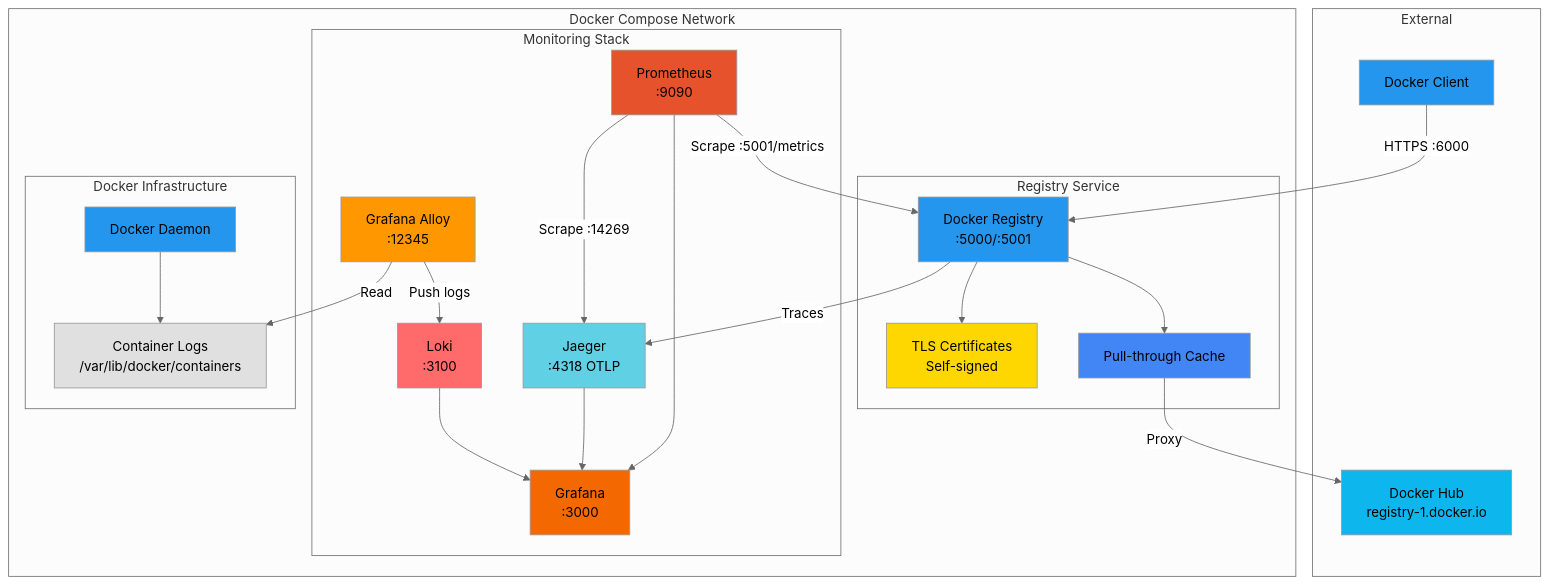
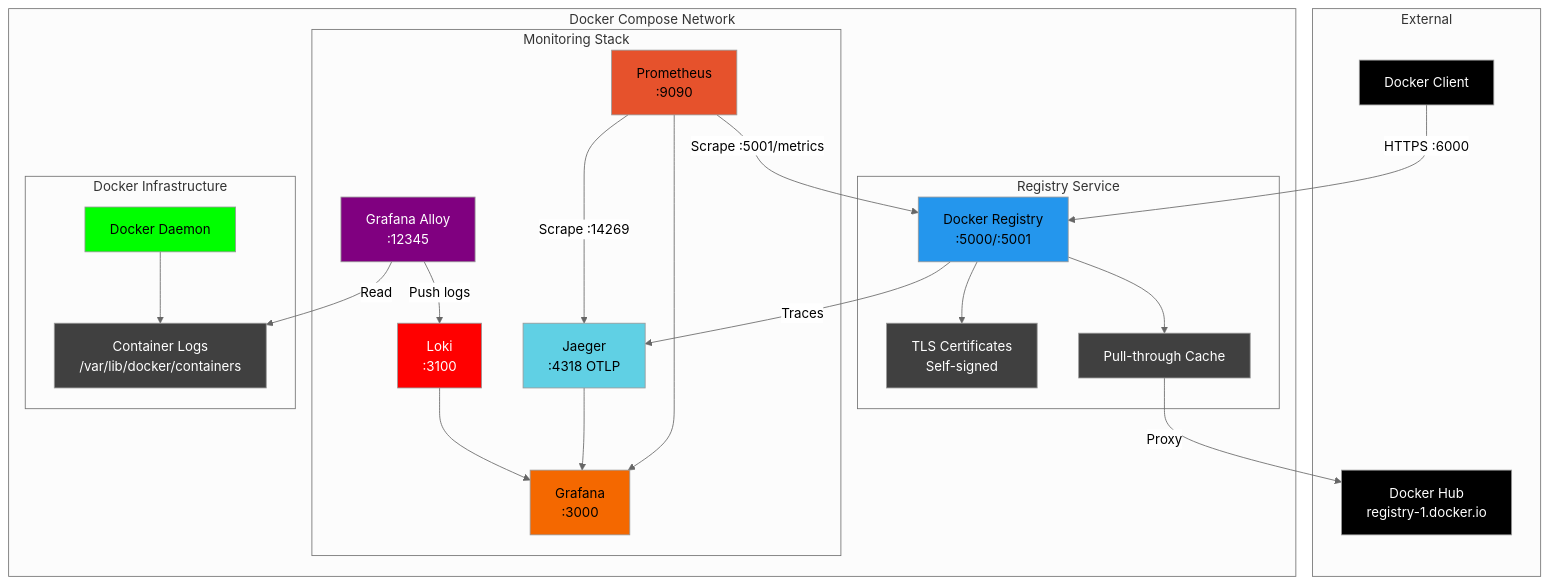
Before and after one commit to mkm29/registry: the diagram in README.md, drawn with Mermaid (neutral theme).

Commit message:
update: modify diagram colors in README for improved visibility and consistency

````diff
--- a/README.md
+++ b/README.md
@@ -128,58 +128,58 @@
 ```mermaid
 graph TB
     subgraph "External"
         DH[Docker Hub<br/>registry-1.docker.io]
         Client[Docker Client]
     end
 
     subgraph "Docker Compose Network"
         subgraph "Registry Service"
             Reg[Docker Registry<br/>:5000/:5001]
             TLS[TLS Certificates<br/>Self-signed]
             Cache[Pull-through Cache]
 
             Reg --> TLS
             Reg --> Cache
         end
 
         subgraph "Monitoring Stack"
             Jaeger[Jaeger<br/>:4318 OTLP]
             Prom[Prometheus<br/>:9090]
             Loki[Loki<br/>:3100]
             Alloy[Grafana Alloy<br/>:12345]
             Grafana[Grafana<br/>:3000]
 
             Prom --> Grafana
             Jaeger --> Grafana
             Loki --> Grafana
             Alloy -->|Push logs| Loki
         end
 
         subgraph "Docker Infrastructure"
             Docker[Docker Daemon]
             Logs[Container Logs<br/>/var/lib/docker/containers]
             
             Docker --> Logs
             Alloy -->|Read| Logs
         end
     end
 
     Client -->|HTTPS :6000| Reg
     Cache -->|Proxy| DH
     Reg -->|Traces| Jaeger
     Prom -->|Scrape :5001/metrics| Reg
     Prom -->|Scrape :14269| Jaeger
 
-    style DH fill:#0db7ed
-    style Client fill:#2496ed
+    style DH fill:#000000,color:#ffffff
+    style Client fill:#000000,color:#ffffff
     style Reg fill:#2496ed
-    style Jaeger fill:#60d0e4
+    style Jaeger fill:#60d0e4,color:#000000
     style Prom fill:#e6522c
-    style Loki fill:#ff6b6b
-    style Alloy fill:#ff9800
+    style Loki fill:#ff0000,color:#ffffff
+    style Alloy fill:#800080,color:#ffffff
     style Grafana fill:#f46800
-    style TLS fill:#ffd700
-    style Cache fill:#4285f4
-    style Docker fill:#2496ed
-    style Logs fill:#e0e0e0
+    style TLS fill:#404040,color:#ffffff
+    style Cache fill:#404040,color:#ffffff
+    style Docker fill:#00ff00
+    style Logs fill:#404040,color:#ffffff
 ```
````
